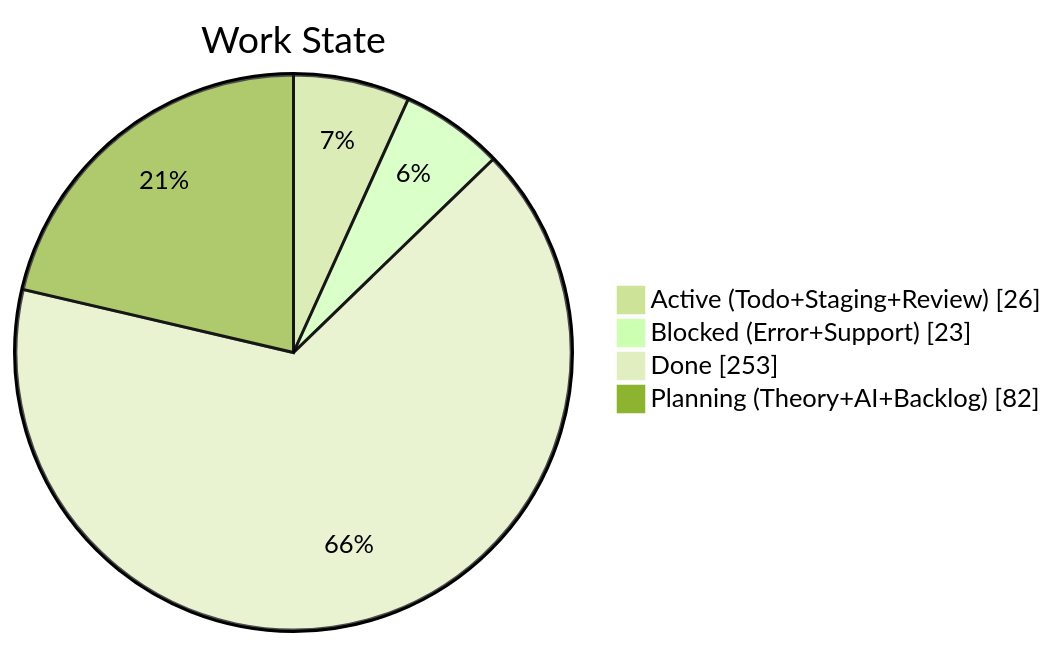
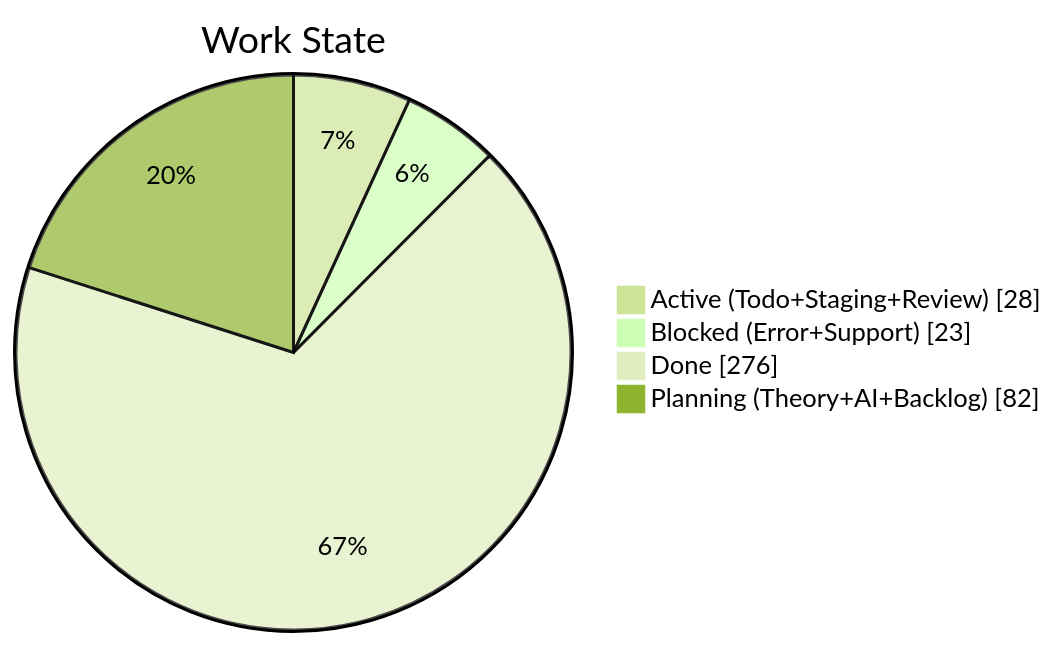
The second of 4 diagrams in apps/kbve/astro-kbve/src/content/docs/dashboard/kanban-data.mdx (KBVE/kbve), drawn with Mermaid (forest theme) before and after one commit. The commit also changed other lines of this file and 2 other files, not shown here.

````diff
--- a/apps/kbve/astro-kbve/src/content/docs/dashboard/kanban-data.mdx
+++ b/apps/kbve/astro-kbve/src/content/docs/dashboard/kanban-data.mdx
@@ -204,8 +204,8 @@
 ```mermaid
 pie showData
     title Work State
-    "Active (Todo+Staging+Review)" : 26
+    "Active (Todo+Staging+Review)" : 28
     "Blocked (Error+Support)" : 23
-    "Done" : 253
+    "Done" : 276
     "Planning (Theory+AI+Backlog)" : 82
 ```
````
